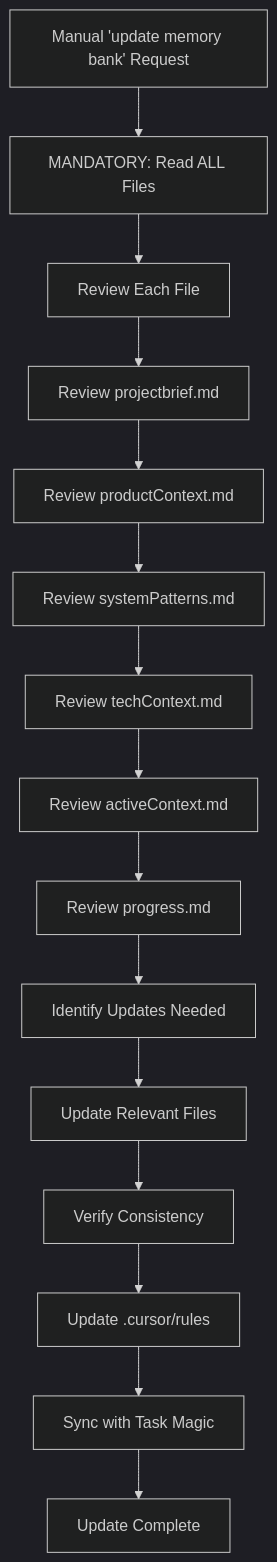
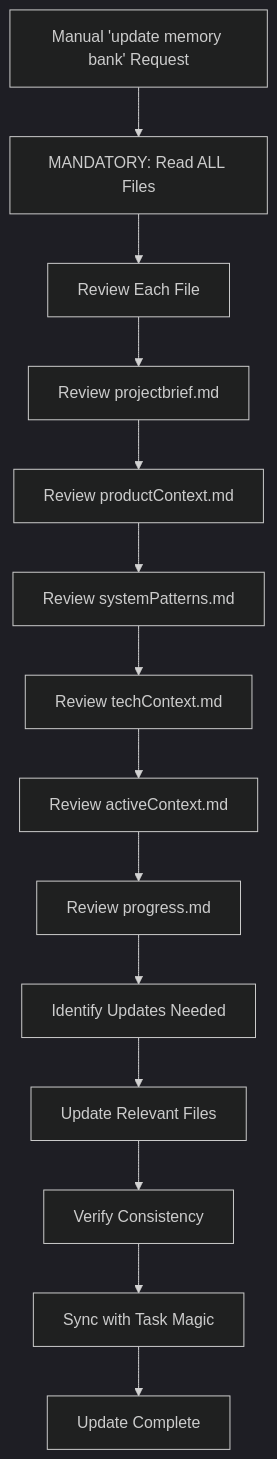
The tenth of 16 diagrams in .cursor/rules/unified-workflow.md (louisfghbvc/task-management-memory-system), drawn with Mermaid (dark theme) before and after one commit. The commit also changed other lines of this file and 1 other file, not shown here.

Commit message:
更新記憶體庫與統一工作流程文件，調整流程圖以強調記憶體庫與任務魔法的分工，並明確定義系統責任矩陣與數據流邊界。

````diff
--- a/.cursor/rules/unified-workflow.md
+++ b/.cursor/rules/unified-workflow.md
@@ -225,19 +223,18 @@
 ```mermaid
 flowchart TD
     Manual["Manual 'update memory bank' Request"] --> ReadAll[MANDATORY: Read ALL Files]
     
     ReadAll --> ReviewFiles[Review Each File]
     ReviewFiles --> ProjectBrief[Review projectbrief.md]
     ProjectBrief --> ProductContext[Review productContext.md]
     ProductContext --> SystemPatterns[Review systemPatterns.md]
     SystemPatterns --> TechContext[Review techContext.md]
     TechContext --> ActiveContext[Review activeContext.md]
     ActiveContext --> Progress[Review progress.md]
     
     Progress --> Identify[Identify Updates Needed]
     Identify --> Update[Update Relevant Files]
     Update --> Consistency[Verify Consistency]
-    Consistency --> Rules[Update .cursor/rules]
-    Rules --> Sync[Sync with Task Magic]
+    Consistency --> Sync[Sync with Task Magic]
     Sync --> Complete[Update Complete]
 ```
````
